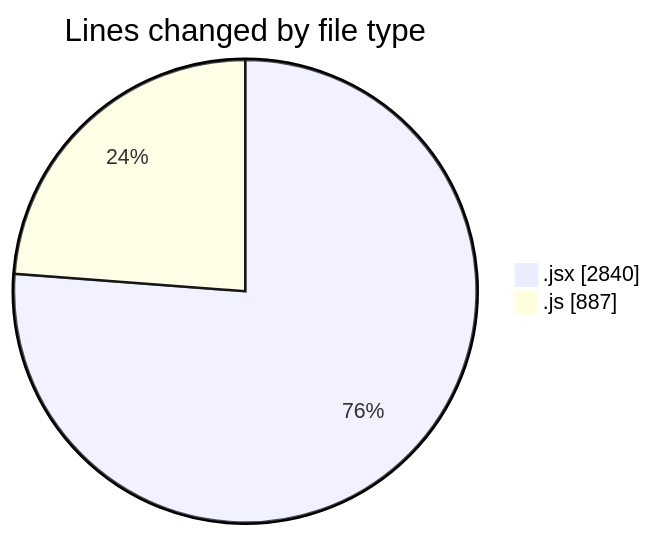
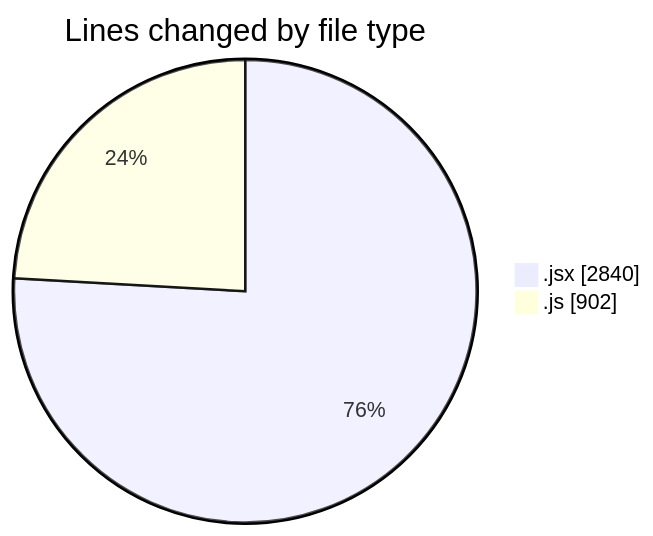
Before and after one commit to nxtqubesakshisongat/code-tracking: the first of 2 diagrams in 2025-09-22/nxtqube_webapp/README.md, drawn with Mermaid. The commit also changed other lines of this file and 1 other file, not shown here.

````diff
--- a/2025-09-22/nxtqube_webapp/README.md
+++ b/2025-09-22/nxtqube_webapp/README.md
@@ -22,6 +22,6 @@
 ```mermaid
 pie showData
 title Lines changed by file type
 ".jsx" : 2840
-".js" : 887
+".js" : 902
 ```
````
